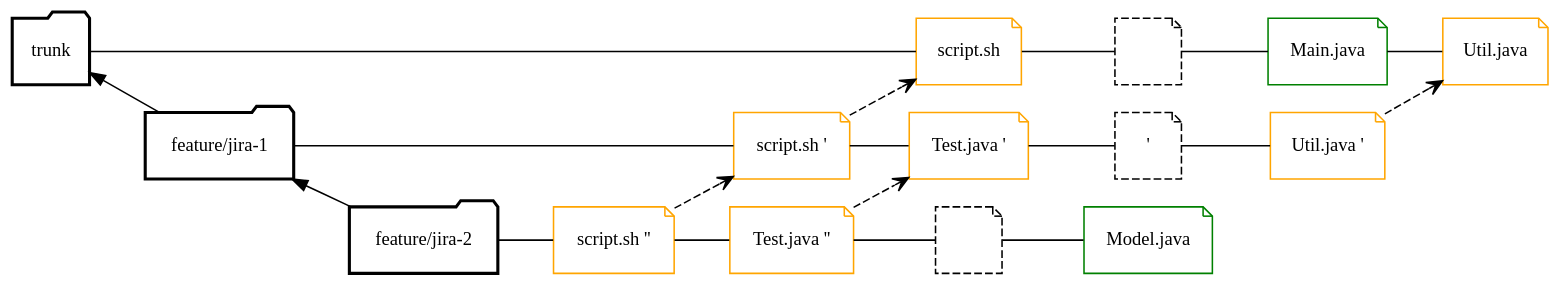
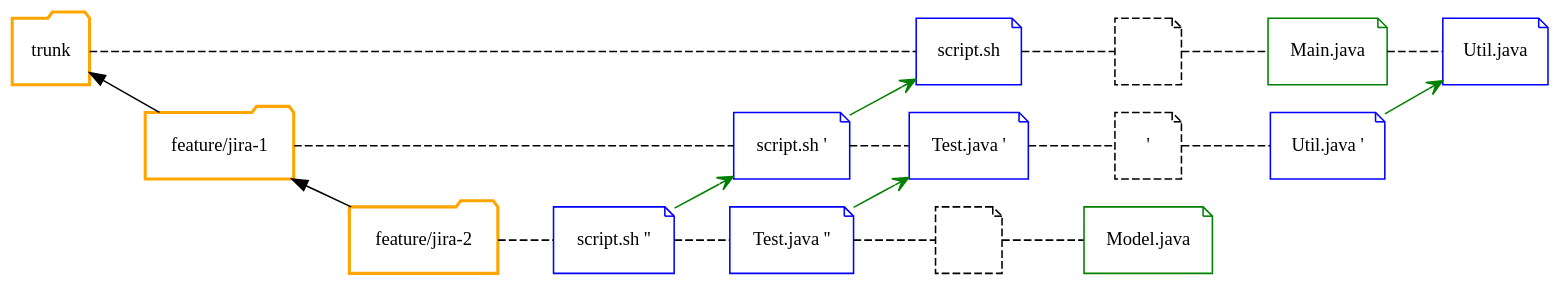
Before and after one commit to Gepardec/git-training: the diagram in slides/intro/src/docs/asciidoc/graphviz/git-branch.dot, drawn with Graphviz. The commit also changed 10 other files, not shown here.

Commit message:
- Little changes in existing raphs (coloring) - Added new graphs for git merge conflict, fast fwd merge. - Further dev on presentation

```diff
--- a/slides/intro/src/docs/asciidoc/graphviz/git-branch.dot
+++ b/slides/intro/src/docs/asciidoc/graphviz/git-branch.dot
@@ -1,50 +1,50 @@
 digraph svn_branch {
-        rankdir="LR";
-        bgcolor="transparent";
+    rankdir="LR";
+    bgcolor="transparent";
 
-        node[width=0.6,height=0.6, shape=folder,fontsize=12.0];
-        "trunk"[label="trunk",group="trunk",style="bold"];
-        "feature_1"[label="feature/jira-1",group="feature_1",style="bold"];
-        "feature_2"[label="feature/jira-2",group="feature_2",style="bold"];
+    node[width=0.6,height=0.6, shape=folder,fontsize=12.0, style="bold", color=orange];
+    "trunk"[label="trunk",group="trunk"];
+    "feature_1"[label="feature/jira-1",group="feature_1"];
+    "feature_2"[label="feature/jira-2",group="feature_2"];
 
-        node[width=0.6,height=0.6, shape=note,fontsize=12.0];
-        "file_1"[label="script.sh",group="trunk",color="orange"]
-        "file_2"[label="",group="trunk",style="dashed"]
-        "file_3"[label="Main.java",group="trunk",color="green"]
-        "file_4"[label="Util.java",group="trunk",color="orange"]
-        "file__1"[label="script.sh '",group="feature_1",color="orange"]
-        "file__2"[label="Test.java '",group="feature_1",color="orange"]
-        "file__3"[label="'",group="feature_1",style="dashed"]
-        "file__4"[label="Util.java '",group="feature_1",color="orange"]
-        "file___1"[label="script.sh ''",group="feature_2",color="orange"]
-        "file___2"[label="Test.java ''",group="feature_2",color="orange"]
-        "file___3"[label="",group="feature_2",style=dashed]
-        "file___4"[label="Model.java",group="feature_2",color="green"]
+    node[width=0.6,height=0.6, shape=note,fontsize=12.0, style="", color=""];
+    "file_1"[label="script.sh",group="trunk",color="blue"]
+    "file_2"[label="",group="trunk",style="dashed"]
+    "file_3"[label="Main.java",group="trunk",color="green"]
+    "file_4"[label="Util.java",group="trunk",color="blue"]
+    "file__1"[label="script.sh '",group="feature_1",color="blue"]
+    "file__2"[label="Test.java '",group="feature_1",color="blue"]
+    "file__3"[label="'",group="feature_1",style="dashed"]
+    "file__4"[label="Util.java '",group="feature_1",color="blue"]
+    "file___1"[label="script.sh ''",group="feature_2",color="blue"]
+    "file___2"[label="Test.java ''",group="feature_2",color="blue"]
+    "file___3"[label="",group="feature_2",style=dashed]
+    "file___4"[label="Model.java",group="feature_2",color="green"]
 
-        edge[weight=2,arrowhead=open,dir="back"];
-        "trunk" -> "feature_1";
-        "feature_1" -> "feature_2";
+    edge[weight=2,arrowhead=open,dir="back"];
+    "trunk" -> "feature_1";
+    "feature_1" -> "feature_2";
 
-        edge[weight=2,arrowhead=none,dir="forward"];
-        "trunk" -> "file_1";
-        "feature_1" -> "file__1";
-        "feature_2" -> "file___1";
+    edge[weight=2,arrowhead=none,dir="forward", style=dashed];
+    "trunk" -> "file_1";
+    "feature_1" -> "file__1";
+    "feature_2" -> "file___1";
 
-        edge[weight=2,arrowhead=none,dir="forward"];
-        "file_1" -> "file_2";
-        "file_2" -> "file_3";
-        "file_3" -> "file_4";
-        "file__1" -> "file__2";
-        "file__2" -> "file__3";
-        "file__3" -> "file__4";
-        "file___1" -> "file___2";
-        "file___2" -> "file___3";
-        "file___3" -> "file___4";
+    edge[weight=2,arrowhead=none,dir="forward"];
+    "file_1" -> "file_2";
+    "file_2" -> "file_3";
+    "file_3" -> "file_4";
+    "file__1" -> "file__2";
+    "file__2" -> "file__3";
+    "file__3" -> "file__4";
+    "file___1" -> "file___2";
+    "file___2" -> "file___3";
+    "file___3" -> "file___4";
 
-        edge[weight=2,arrowhead=open,style="dashed"];
-        "file__1" -> "file_1"
-        "file___1" -> "file__1"
-        "file___2" -> "file__2"
-        "file__4" -> "file_4"
+    edge[weight=2,arrowhead=open,style="", color=green];
+    "file__1" -> "file_1"
+    "file___1" -> "file__1"
+    "file___2" -> "file__2"
+    "file__4" -> "file_4"
 
 }
```
